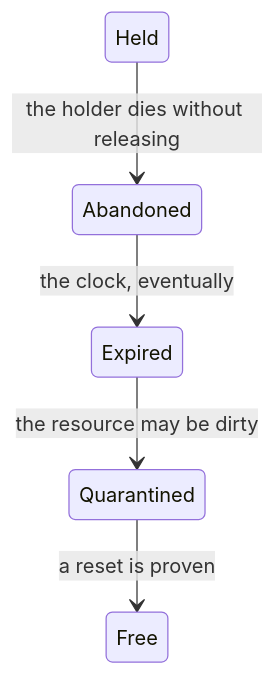
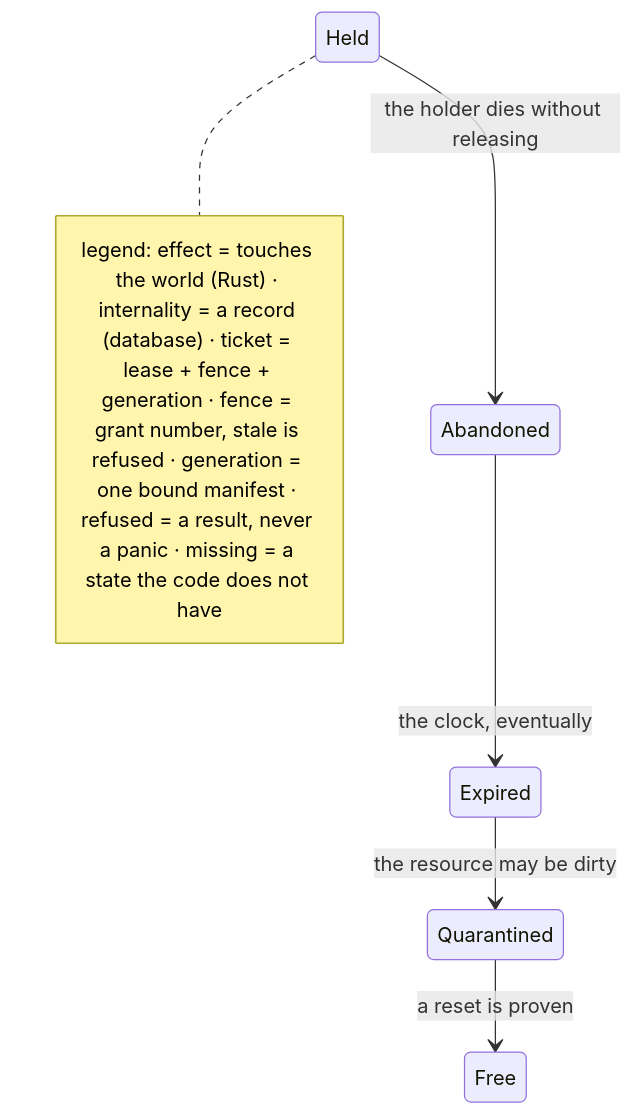
Before and after one commit to MergedBeastAgito/Agito: the fourth of 4 diagrams in docs/diagram/40-Database.md, drawn with Mermaid. The commit also changed other lines of this file and 16 other files, not shown here.

First line of the commit message:
refactor(rust): add authority abstraction, seal, and ticket improvements

````diff
--- a/docs/diagram/40-Database.md
+++ b/docs/diagram/40-Database.md
@@ -67,7 +74,10 @@
 ```mermaid
 stateDiagram-v2
 	Held --> Abandoned: the holder dies without releasing
 	Abandoned --> Expired: the clock, eventually
 	Expired --> Quarantined: the resource may be dirty
 	Quarantined --> Free: a reset is proven
+	note right of Held
+		legend: effect = touches the world (Rust) · internality = a record (database) · ticket = lease + fence + generation · fence = grant number, stale is refused · generation = one bound manifest · refused = a result, never a panic · missing = a state the code does not have
+	end note
 ```
````
